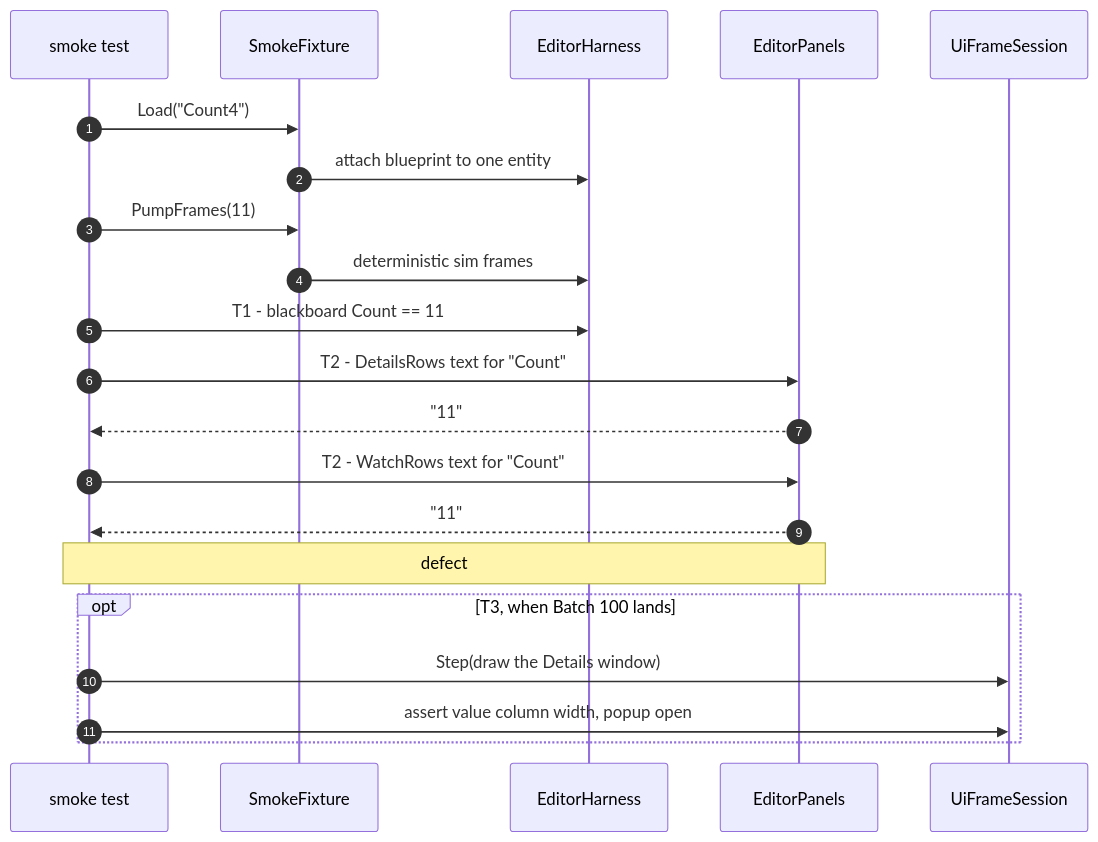
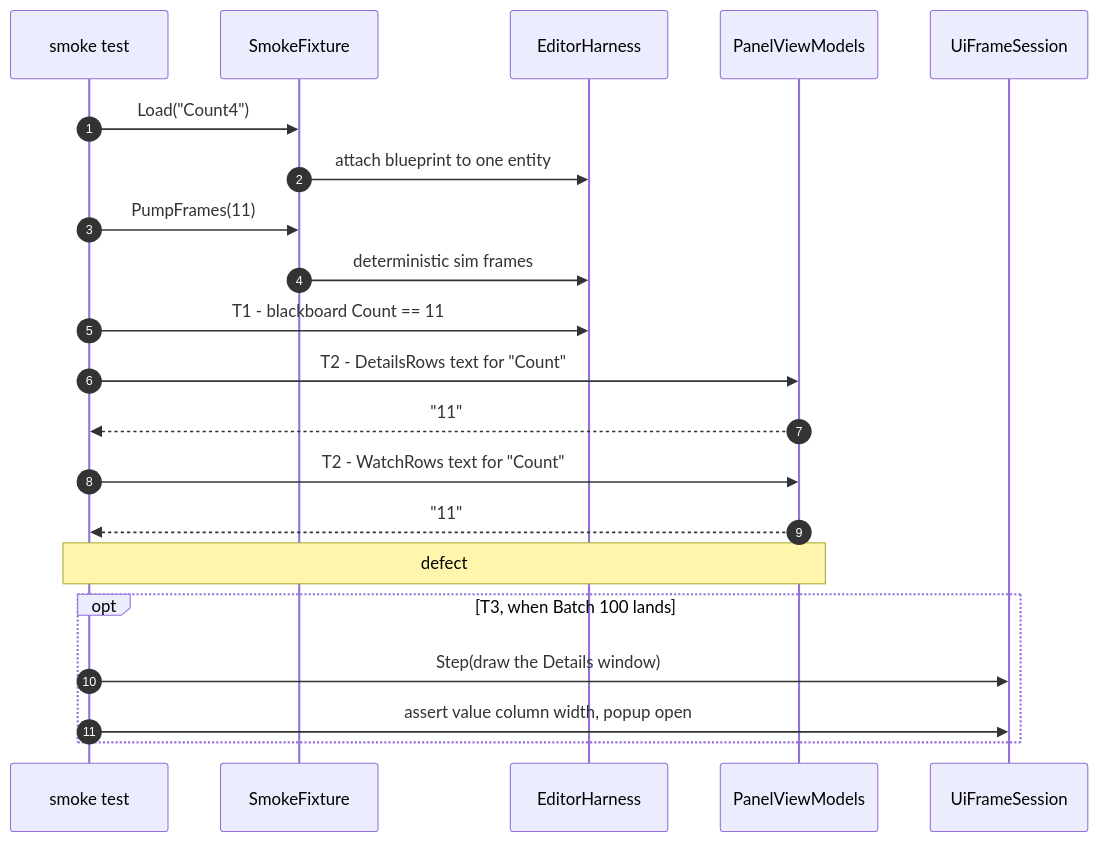
One commit to pjanec/HROT changed the second of 2 diagrams in docs/blueprints/DESIGN_Smoke_Suite.md. Above: the diagram before and after it, drawn with Mermaid. The commit also changed other lines of this file and 2 other files, not shown here.

````diff
--- a/docs/blueprints/DESIGN_Smoke_Suite.md
+++ b/docs/blueprints/DESIGN_Smoke_Suite.md
@@ -122,24 +123,24 @@
 ```mermaid
 sequenceDiagram
     autonumber
     participant T as smoke test
     participant F as SmokeFixture
     participant H as EditorHarness
-    participant P as EditorPanels
+    participant P as PanelViewModels
     participant U as UiFrameSession
 
     T->>F: Load("Count4")
     F->>H: attach blueprint to one entity
     T->>F: PumpFrames(11)
     F->>H: deterministic sim frames
     T->>H: T1 - blackboard Count == 11
     T->>P: T2 - DetailsRows text for "Count"
     P-->>T: "11"
     T->>P: T2 - WatchRows text for "Count"
     P-->>T: "11"
     Note over T,P: defect #4 was "0" here.<br/>NO pixels needed.
     opt T3, when Batch 100 lands
         T->>U: Step(draw the Details window)
         T->>U: assert value column width, popup open
     end
 ```
````
